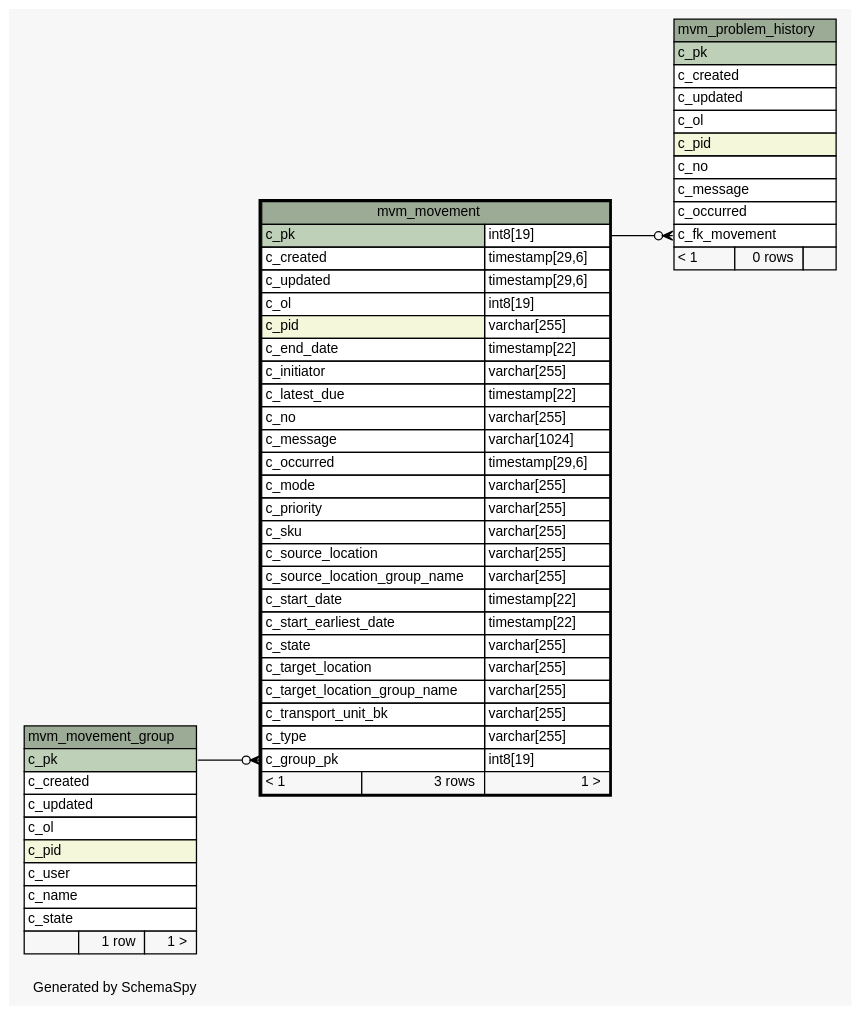
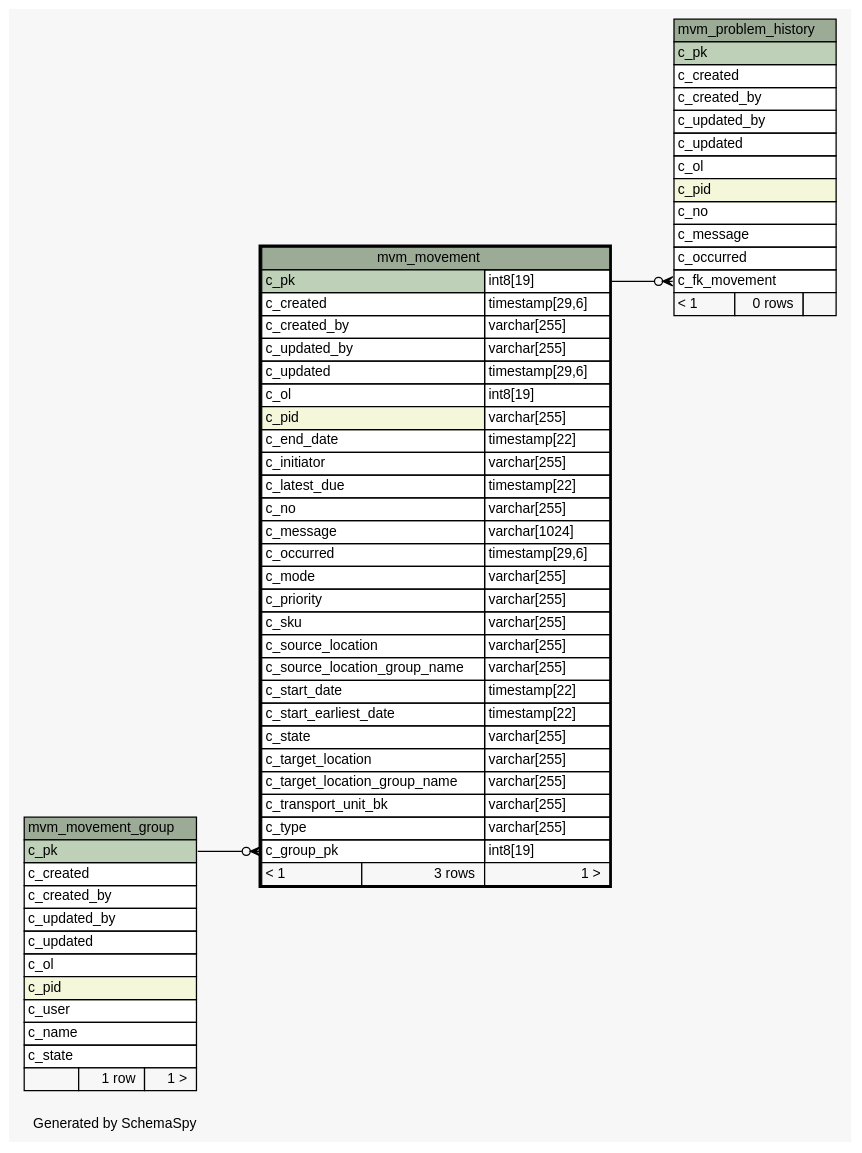
The diagram in 1.0.0-SNAPSHOT/schemaspy/diagrams/mvm_movement.1degree.dot (openwms/org.openwms.wms.movements.lib), drawn with Graphviz before and after one commit. The commit also changed 258 other files, not shown here.

```diff
--- a/1.0.0-SNAPSHOT/schemaspy/diagrams/mvm_movement.1degree.dot
+++ b/1.0.0-SNAPSHOT/schemaspy/diagrams/mvm_movement.1degree.dot
@@ -1,92 +1,98 @@
-// dot 2.43.0 on Linux 5.13.0-1022-azure
+// dot 2.43.0 on Linux 5.15.0-1017-azure
 // SchemaSpy rev Unknown
 digraph "oneDegreeRelationshipsDiagram" {
   graph [
     rankdir="RL"
     bgcolor="#f7f7f7"
     label="\nGenerated by SchemaSpy"
     labeljust="l"
     nodesep="0.18"
     ranksep="0.46"
     fontname="Helvetica"
     fontsize="11"
   ];
   node [
     fontname="Helvetica"
     fontsize="11"
     shape="plaintext"
   ];
   edge [
     arrowsize="0.8"
   ];
   "mvm_movement":"c_group_pk":w -> "mvm_movement_group":"c_pk":e [arrowhead=none dir=back arrowtail=crowodot];
   "mvm_problem_history":"c_fk_movement":w -> "mvm_movement":"c_pk.type":e [arrowhead=none dir=back arrowtail=crowodot];
   "mvm_movement" [
     label=<
     <TABLE BORDER="2" CELLBORDER="1" CELLSPACING="0" BGCOLOR="#ffffff">
       <TR><TD COLSPAN="3" BGCOLOR="#9bab96" ALIGN="CENTER">mvm_movement</TD></TR>
       <TR><TD PORT="c_pk" COLSPAN="2" BGCOLOR="#bed1b8" ALIGN="LEFT">c_pk</TD><TD PORT="c_pk.type" ALIGN="LEFT">int8[19]</TD></TR>
       <TR><TD PORT="c_created" COLSPAN="2" ALIGN="LEFT">c_created</TD><TD PORT="c_created.type" ALIGN="LEFT">timestamp[29,6]</TD></TR>
+      <TR><TD PORT="c_created_by" COLSPAN="2" ALIGN="LEFT">c_created_by</TD><TD PORT="c_created_by.type" ALIGN="LEFT">varchar[255]</TD></TR>
+      <TR><TD PORT="c_updated_by" COLSPAN="2" ALIGN="LEFT">c_updated_by</TD><TD PORT="c_updated_by.type" ALIGN="LEFT">varchar[255]</TD></TR>
       <TR><TD PORT="c_updated" COLSPAN="2" ALIGN="LEFT">c_updated</TD><TD PORT="c_updated.type" ALIGN="LEFT">timestamp[29,6]</TD></TR>
       <TR><TD PORT="c_ol" COLSPAN="2" ALIGN="LEFT">c_ol</TD><TD PORT="c_ol.type" ALIGN="LEFT">int8[19]</TD></TR>
       <TR><TD PORT="c_pid" COLSPAN="2" BGCOLOR="#f4f7da" ALIGN="LEFT">c_pid</TD><TD PORT="c_pid.type" ALIGN="LEFT">varchar[255]</TD></TR>
       <TR><TD PORT="c_end_date" COLSPAN="2" ALIGN="LEFT">c_end_date</TD><TD PORT="c_end_date.type" ALIGN="LEFT">timestamp[22]</TD></TR>
       <TR><TD PORT="c_initiator" COLSPAN="2" ALIGN="LEFT">c_initiator</TD><TD PORT="c_initiator.type" ALIGN="LEFT">varchar[255]</TD></TR>
       <TR><TD PORT="c_latest_due" COLSPAN="2" ALIGN="LEFT">c_latest_due</TD><TD PORT="c_latest_due.type" ALIGN="LEFT">timestamp[22]</TD></TR>
       <TR><TD PORT="c_no" COLSPAN="2" ALIGN="LEFT">c_no</TD><TD PORT="c_no.type" ALIGN="LEFT">varchar[255]</TD></TR>
       <TR><TD PORT="c_message" COLSPAN="2" ALIGN="LEFT">c_message</TD><TD PORT="c_message.type" ALIGN="LEFT">varchar[1024]</TD></TR>
       <TR><TD PORT="c_occurred" COLSPAN="2" ALIGN="LEFT">c_occurred</TD><TD PORT="c_occurred.type" ALIGN="LEFT">timestamp[29,6]</TD></TR>
       <TR><TD PORT="c_mode" COLSPAN="2" ALIGN="LEFT">c_mode</TD><TD PORT="c_mode.type" ALIGN="LEFT">varchar[255]</TD></TR>
       <TR><TD PORT="c_priority" COLSPAN="2" ALIGN="LEFT">c_priority</TD><TD PORT="c_priority.type" ALIGN="LEFT">varchar[255]</TD></TR>
       <TR><TD PORT="c_sku" COLSPAN="2" ALIGN="LEFT">c_sku</TD><TD PORT="c_sku.type" ALIGN="LEFT">varchar[255]</TD></TR>
       <TR><TD PORT="c_source_location" COLSPAN="2" ALIGN="LEFT">c_source_location</TD><TD PORT="c_source_location.type" ALIGN="LEFT">varchar[255]</TD></TR>
       <TR><TD PORT="c_source_location_group_name" COLSPAN="2" ALIGN="LEFT">c_source_location_group_name</TD><TD PORT="c_source_location_group_name.type" ALIGN="LEFT">varchar[255]</TD></TR>
       <TR><TD PORT="c_start_date" COLSPAN="2" ALIGN="LEFT">c_start_date</TD><TD PORT="c_start_date.type" ALIGN="LEFT">timestamp[22]</TD></TR>
       <TR><TD PORT="c_start_earliest_date" COLSPAN="2" ALIGN="LEFT">c_start_earliest_date</TD><TD PORT="c_start_earliest_date.type" ALIGN="LEFT">timestamp[22]</TD></TR>
       <TR><TD PORT="c_state" COLSPAN="2" ALIGN="LEFT">c_state</TD><TD PORT="c_state.type" ALIGN="LEFT">varchar[255]</TD></TR>
       <TR><TD PORT="c_target_location" COLSPAN="2" ALIGN="LEFT">c_target_location</TD><TD PORT="c_target_location.type" ALIGN="LEFT">varchar[255]</TD></TR>
       <TR><TD PORT="c_target_location_group_name" COLSPAN="2" ALIGN="LEFT">c_target_location_group_name</TD><TD PORT="c_target_location_group_name.type" ALIGN="LEFT">varchar[255]</TD></TR>
       <TR><TD PORT="c_transport_unit_bk" COLSPAN="2" ALIGN="LEFT">c_transport_unit_bk</TD><TD PORT="c_transport_unit_bk.type" ALIGN="LEFT">varchar[255]</TD></TR>
       <TR><TD PORT="c_type" COLSPAN="2" ALIGN="LEFT">c_type</TD><TD PORT="c_type.type" ALIGN="LEFT">varchar[255]</TD></TR>
       <TR><TD PORT="c_group_pk" COLSPAN="2" ALIGN="LEFT">c_group_pk</TD><TD PORT="c_group_pk.type" ALIGN="LEFT">int8[19]</TD></TR>
       <TR><TD ALIGN="LEFT" BGCOLOR="#f7f7f7">&lt; 1</TD><TD ALIGN="RIGHT" BGCOLOR="#f7f7f7">3 rows</TD><TD ALIGN="RIGHT" BGCOLOR="#f7f7f7">1 &gt;</TD></TR>
     </TABLE>>
     URL="mvm_movement.html"
     tooltip="mvm_movement"
   ];
   "mvm_movement_group" [
     label=<
     <TABLE BORDER="0" CELLBORDER="1" CELLSPACING="0" BGCOLOR="#ffffff">
       <TR><TD COLSPAN="3" BGCOLOR="#9bab96" ALIGN="CENTER">mvm_movement_group</TD></TR>
       <TR><TD PORT="c_pk" COLSPAN="3" BGCOLOR="#bed1b8" ALIGN="LEFT">c_pk</TD></TR>
       <TR><TD PORT="c_created" COLSPAN="3" ALIGN="LEFT">c_created</TD></TR>
+      <TR><TD PORT="c_created_by" COLSPAN="3" ALIGN="LEFT">c_created_by</TD></TR>
+      <TR><TD PORT="c_updated_by" COLSPAN="3" ALIGN="LEFT">c_updated_by</TD></TR>
       <TR><TD PORT="c_updated" COLSPAN="3" ALIGN="LEFT">c_updated</TD></TR>
       <TR><TD PORT="c_ol" COLSPAN="3" ALIGN="LEFT">c_ol</TD></TR>
       <TR><TD PORT="c_pid" COLSPAN="3" BGCOLOR="#f4f7da" ALIGN="LEFT">c_pid</TD></TR>
       <TR><TD PORT="c_user" COLSPAN="3" ALIGN="LEFT">c_user</TD></TR>
       <TR><TD PORT="c_name" COLSPAN="3" ALIGN="LEFT">c_name</TD></TR>
       <TR><TD PORT="c_state" COLSPAN="3" ALIGN="LEFT">c_state</TD></TR>
       <TR><TD ALIGN="LEFT" BGCOLOR="#f7f7f7">  </TD><TD ALIGN="RIGHT" BGCOLOR="#f7f7f7">1 row</TD><TD ALIGN="RIGHT" BGCOLOR="#f7f7f7">1 &gt;</TD></TR>
     </TABLE>>
     URL="mvm_movement_group.html"
     tooltip="mvm_movement_group"
   ];
   "mvm_problem_history" [
     label=<
     <TABLE BORDER="0" CELLBORDER="1" CELLSPACING="0" BGCOLOR="#ffffff">
       <TR><TD COLSPAN="3" BGCOLOR="#9bab96" ALIGN="CENTER">mvm_problem_history</TD></TR>
       <TR><TD PORT="c_pk" COLSPAN="3" BGCOLOR="#bed1b8" ALIGN="LEFT">c_pk</TD></TR>
       <TR><TD PORT="c_created" COLSPAN="3" ALIGN="LEFT">c_created</TD></TR>
+      <TR><TD PORT="c_created_by" COLSPAN="3" ALIGN="LEFT">c_created_by</TD></TR>
+      <TR><TD PORT="c_updated_by" COLSPAN="3" ALIGN="LEFT">c_updated_by</TD></TR>
       <TR><TD PORT="c_updated" COLSPAN="3" ALIGN="LEFT">c_updated</TD></TR>
       <TR><TD PORT="c_ol" COLSPAN="3" ALIGN="LEFT">c_ol</TD></TR>
       <TR><TD PORT="c_pid" COLSPAN="3" BGCOLOR="#f4f7da" ALIGN="LEFT">c_pid</TD></TR>
       <TR><TD PORT="c_no" COLSPAN="3" ALIGN="LEFT">c_no</TD></TR>
       <TR><TD PORT="c_message" COLSPAN="3" ALIGN="LEFT">c_message</TD></TR>
       <TR><TD PORT="c_occurred" COLSPAN="3" ALIGN="LEFT">c_occurred</TD></TR>
       <TR><TD PORT="c_fk_movement" COLSPAN="3" ALIGN="LEFT">c_fk_movement</TD></TR>
       <TR><TD ALIGN="LEFT" BGCOLOR="#f7f7f7">&lt; 1</TD><TD ALIGN="RIGHT" BGCOLOR="#f7f7f7">0 rows</TD><TD ALIGN="RIGHT" BGCOLOR="#f7f7f7">  </TD></TR>
     </TABLE>>
     URL="mvm_problem_history.html"
     tooltip="mvm_problem_history"
   ];
 }
```
